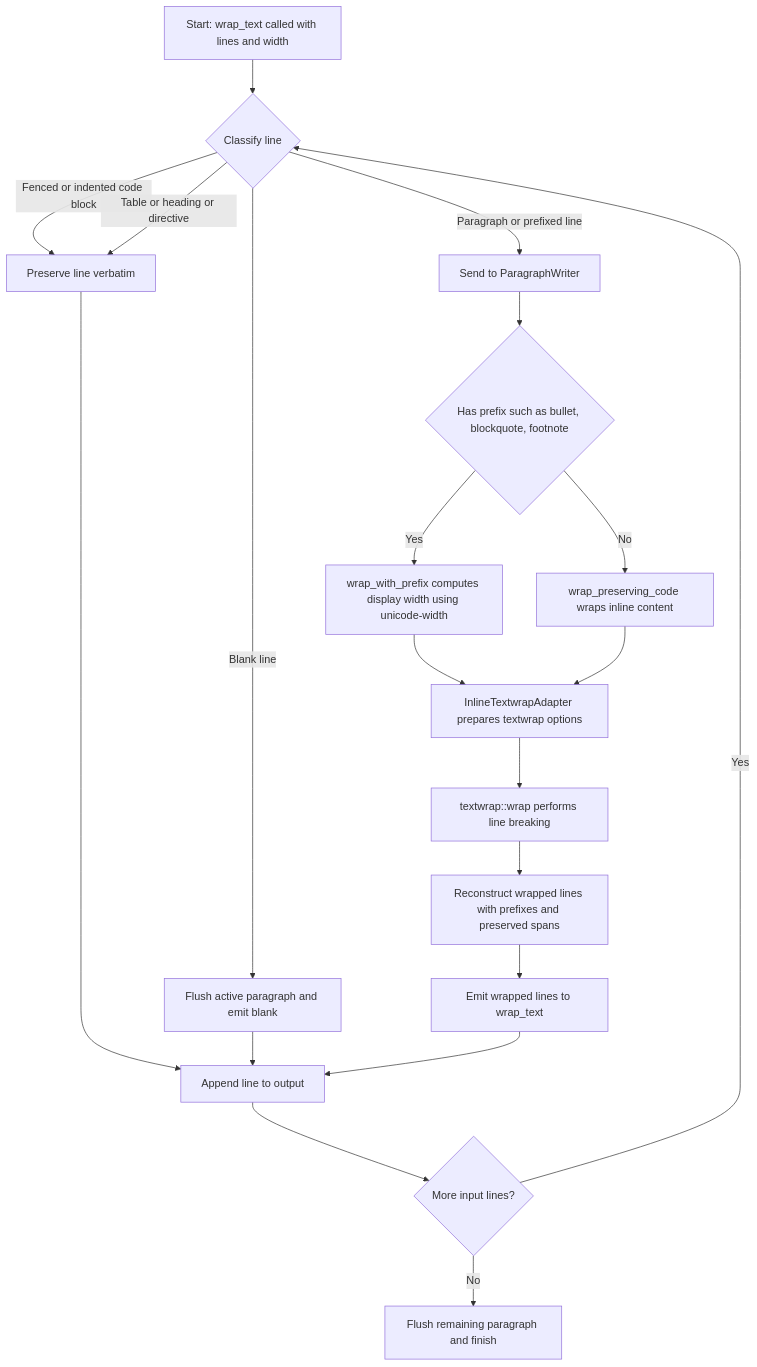
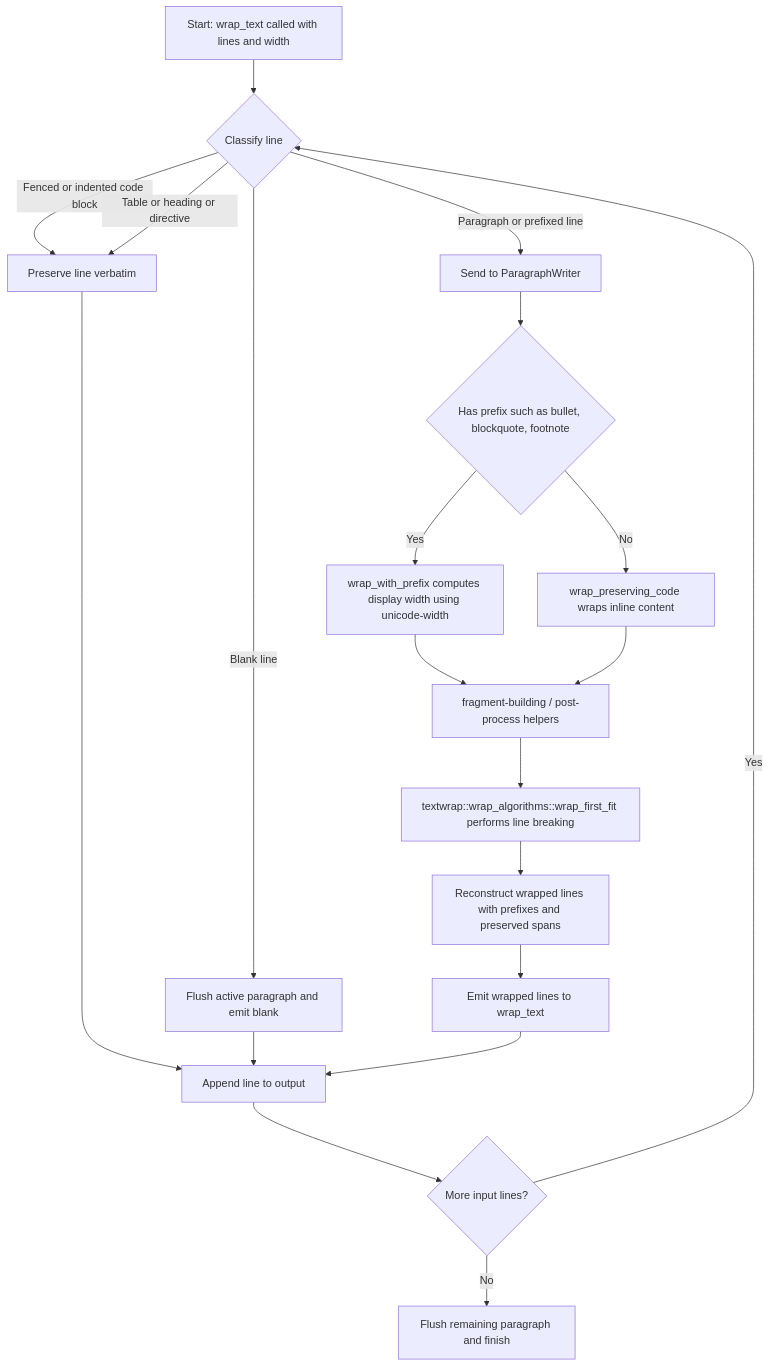
One commit to leynos/mdtablefix changed the fourth of 6 diagrams in docs/architecture.md. Above: the diagram before and after it, drawn with Mermaid. The commit also changed 3 other files, not shown here.

First line of the commit message:
feat(wrap): add tests and refine inline wrapping post-processing

````diff
--- a/docs/architecture.md
+++ b/docs/architecture.md
@@ -407,28 +407,28 @@
 ```mermaid
 flowchart TD
     A[Start: wrap_text called with lines and width] --> B{Classify line}
 
     B -->|Fenced or indented code block| C[Preserve line verbatim]
     B -->|Table or heading or directive| C
     B -->|Blank line| D[Flush active paragraph and emit blank]
     B -->|Paragraph or prefixed line| E[Send to ParagraphWriter]
 
     E --> F{Has prefix such as bullet, blockquote, footnote}
     F -->|Yes| G[wrap_with_prefix computes display width using unicode-width]
     F -->|No| H[wrap_preserving_code wraps inline content]
 
-    G --> I[InlineTextwrapAdapter prepares textwrap options]
+    G --> I[fragment-building / post-process helpers]
     H --> I
 
-    I --> J[textwrap::wrap performs line breaking]
+    I --> J[textwrap::wrap_algorithms::wrap_first_fit performs line breaking]
     J --> K[Reconstruct wrapped lines with prefixes and preserved spans]
     K --> L[Emit wrapped lines to wrap_text]
 
     C --> M[Append line to output]
     D --> M
     L --> M
 
     M --> N{More input lines?}
     N -->|Yes| B
     N -->|No| O[Flush remaining paragraph and finish]
 ```
````
